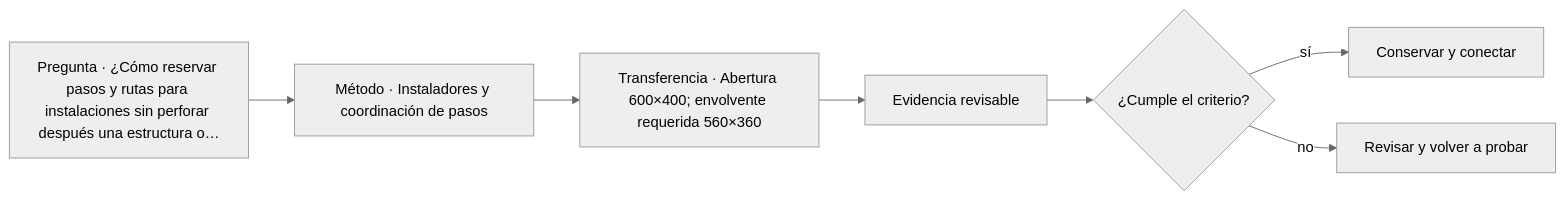
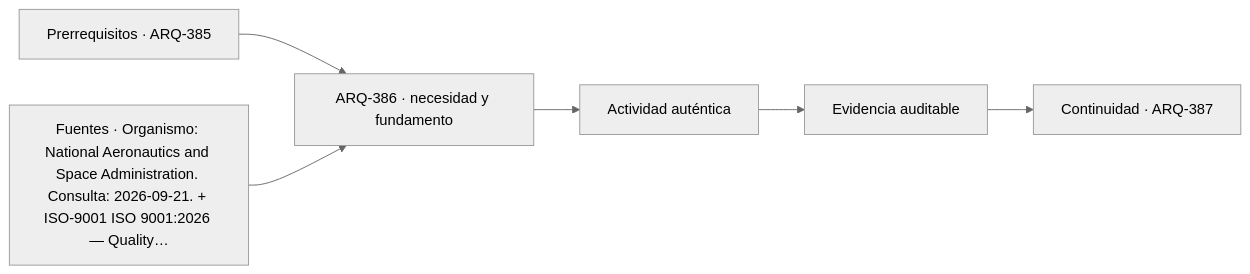
One commit to vladimiracunadev-create/architecture-built-environment-learning-program changed the diagram in classes/parte-39/ARQ-386.md. Above: the diagram before and after it, drawn with Mermaid (neutral theme). The commit also changed other lines of this file and 761 other files, not shown here.

````diff
--- a/classes/parte-39/ARQ-386.md
+++ b/classes/parte-39/ARQ-386.md
@@ -101,9 +113,8 @@
 ```mermaid
 flowchart LR
-    Q["Pregunta · ¿Cómo reservar pasos y rutas para instalaciones sin perforar después una estructura o…"] --> M["Método · Instaladores y coordinación de pasos"]
-    M --> P["Transferencia · Abertura 600×400; envolvente requerida 560×360"]
-    P --> E["Evidencia revisable"]
-    E --> C{"¿Cumple el criterio?"}
-    C -->|sí| T["Conservar y conectar"]
-    C -->|no| R["Revisar y volver a probar"]
+    A["Prerrequisitos · ARQ-385"] --> B["ARQ-386 · necesidad y fundamento"]
+    S["Fuentes · Organismo: National Aeronautics and Space Administration. Consulta: 2026-09-21. + ISO-9001 ISO 9001:2026 — Quality…"] --> B
+    B --> C["Actividad auténtica"]
+    C --> D["Evidencia auditable"]
+    D --> E["Continuidad · ARQ-387"]
 ```
````
